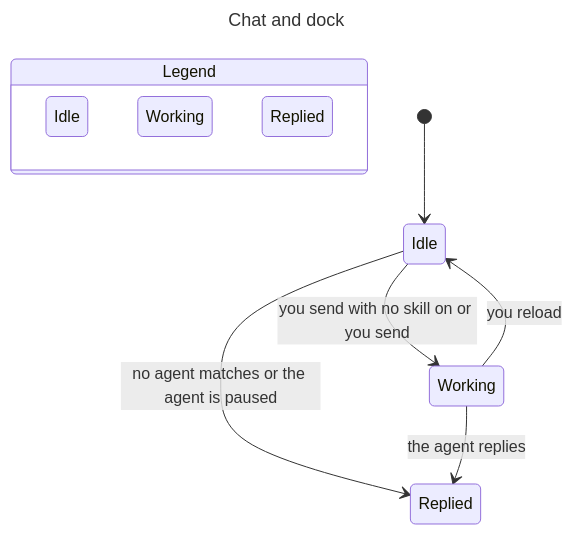
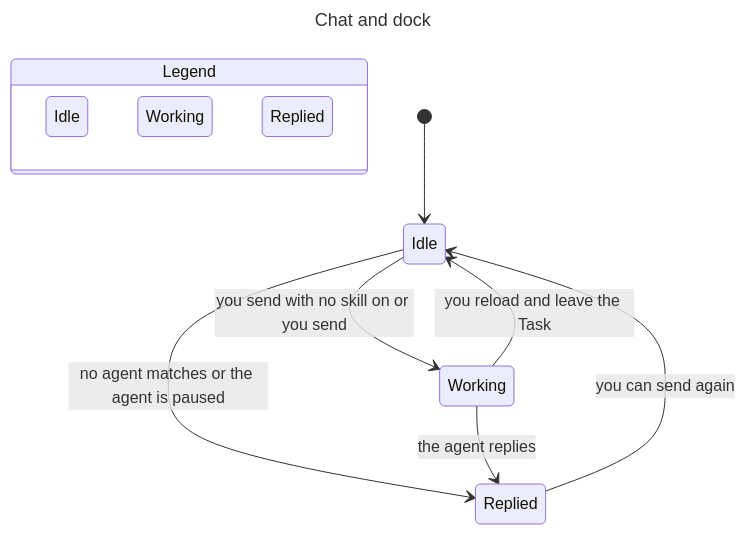
The diagram in packages/statecharts/chat-dock/chart.mmd (moeghashim/tensquads), drawn with Mermaid before and after one commit. The commit also changed 29 other files, not shown here.

```diff
--- a/packages/statecharts/chat-dock/chart.mmd
+++ b/packages/statecharts/chat-dock/chart.mmd
@@ -1,23 +1,24 @@
 ---
 title: "Chat and dock"
 ---
 stateDiagram-v2
   state "Legend" as legend {
     lg0: Idle
     lg1: Working
     lg2: Replied
   }
   class lg0 blue
   class lg1 orange
   class lg2 teal
   s0: Idle
   s1: Replied
   s2: Working
   [*] --> s0
   s0 --> s1: no agent matches or the agent is paused
   s0 --> s2: you send with no skill on or you send
-  s2 --> s0: you reload
+  s1 --> s0: you can send again
+  s2 --> s0: you reload and leave the Task
   s2 --> s1: the agent replies
   class s0 blue
   class s1 teal
   class s2 orange
```
